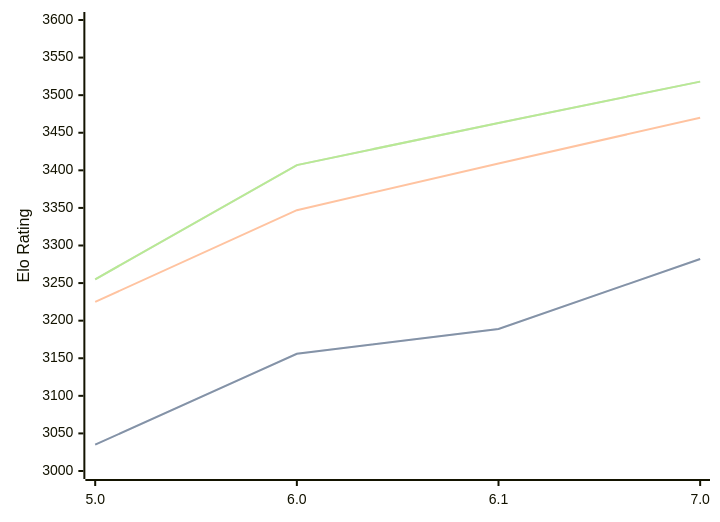
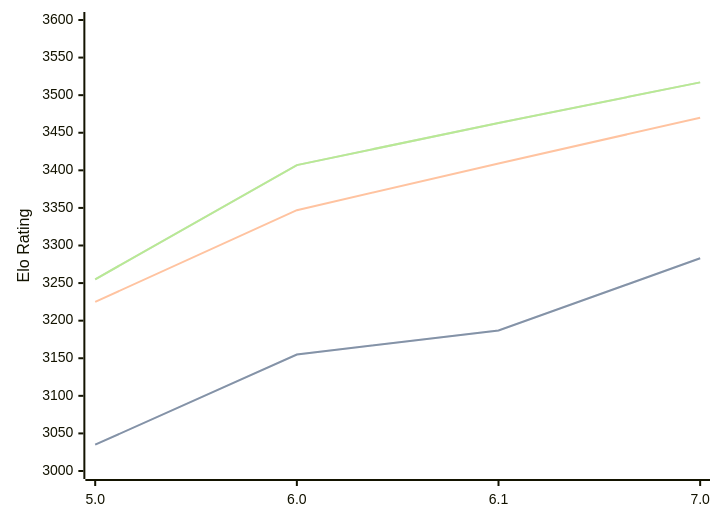
The third of 3 diagrams in engines/PZChessBot.md (computer-chess-index/cci), drawn with Mermaid before and after one commit. The commit also changed other lines of this file, not shown here.

Commit message:
Update CCI Ratings (ELO VLTC) - 2026-06-26

````diff
--- a/engines/PZChessBot.md
+++ b/engines/PZChessBot.md
@@ -76,11 +76,11 @@
 ```mermaid
 %%{init: {"theme":"base","themeVariables":{"seriesColors:['#a3a3a3','#222221','#faa371']}}}%%
 xychart-beta
   x-axis ["5.0", "6.0", "6.1", "7.0"]
   y-axis "Elo Rating" 3000 --> 3600
-  line "STC (8.0+0.08s)" [3035, 3156, 3189, 3282]
-  line "STC (8.0+0.08s)" [3035, 3156, 3189, 3282]
+  line "STC (8.0+0.08s)" [3035, 3155, 3187, 3283]
+  line "STC (8.0+0.08s)" [3035, 3155, 3187, 3283]
   line "LTC (60.0+0.60s)" [3225, 3347, 3409, 3470]
-  line "VLTC (2m24s+1.12s)" [3255, 3407, 3463, 3518]
-  line "VLTC (2m24s+1.12s)" [3255, 3407, 3463, 3518]
+  line "VLTC (2m24s+1.12s)" [3255, 3407, 3463, 3517]
+  line "VLTC (2m24s+1.12s)" [3255, 3407, 3463, 3517]
 ```
````
